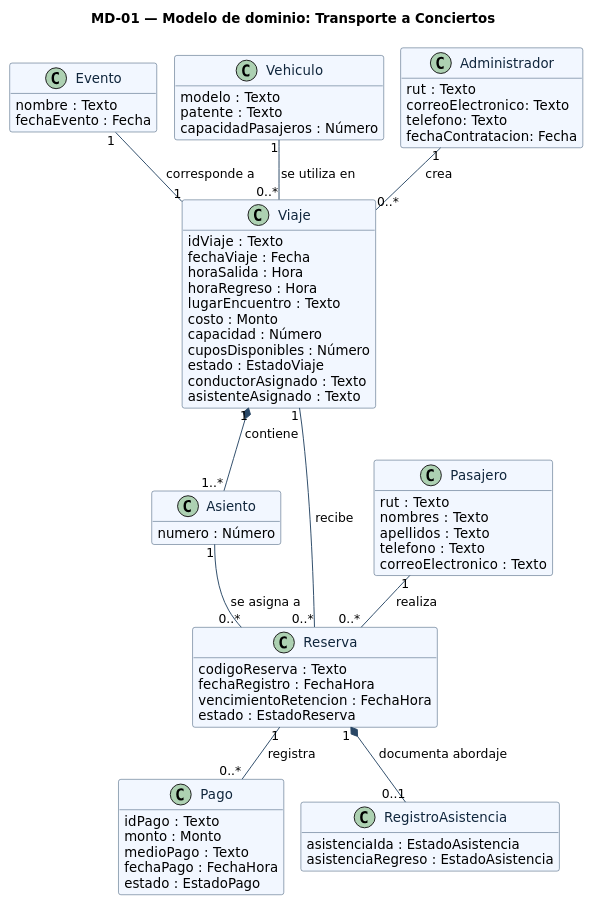
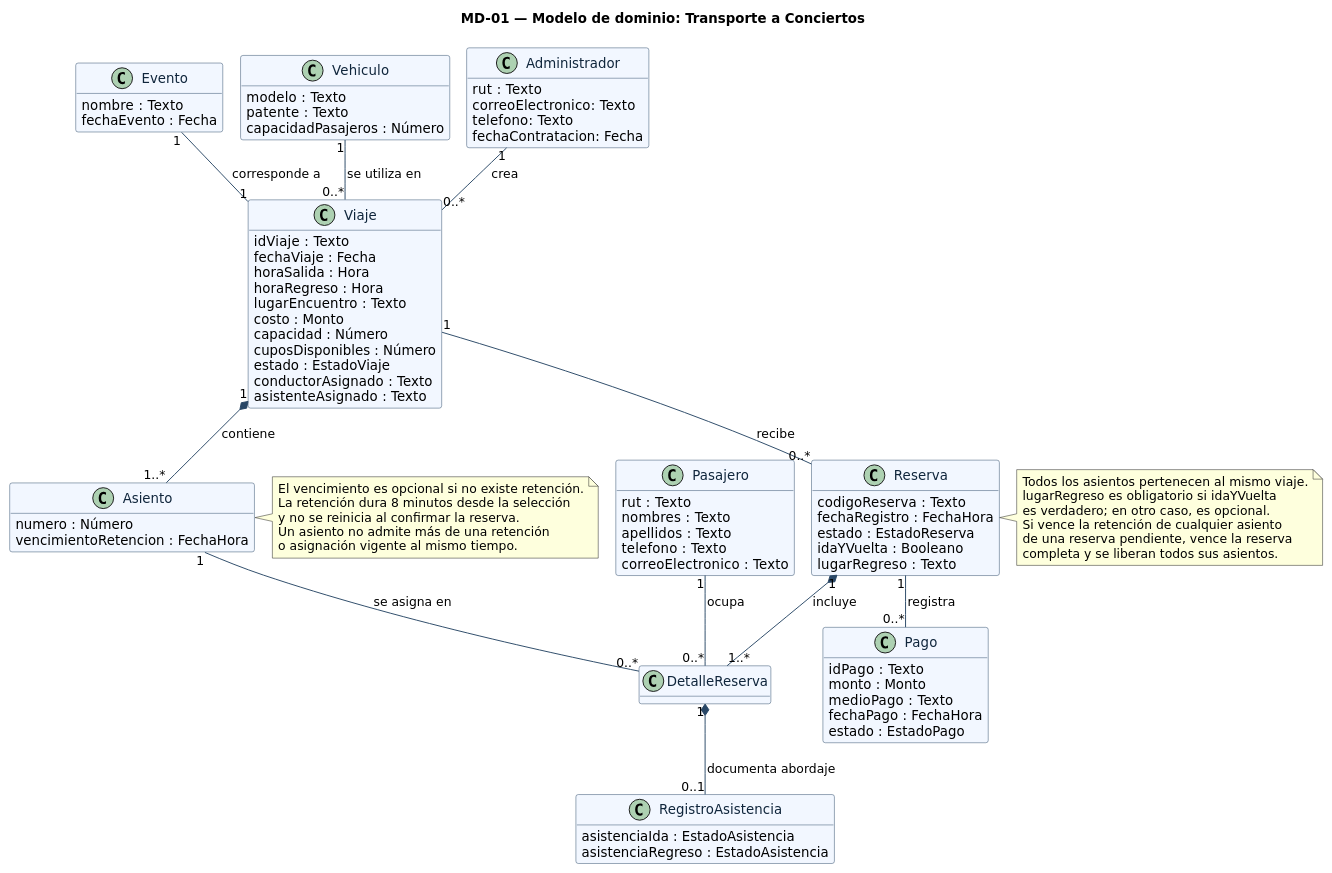
Before and after one commit to IngReqGrupo2/Proyecto_TransporteHaciaConcierto: the diagram in diagramas/modelo-dominio.puml, drawn with PlantUML. The commit also changed 9 other files, not shown here.

```diff
--- a/diagramas/modelo-dominio.puml
+++ b/diagramas/modelo-dominio.puml
@@ -1,79 +1,101 @@
 @startuml
 !pragma layout smetana
 title MD-01 — Modelo de dominio: Transporte a Conciertos
 skinparam backgroundColor #FFFFFF
 skinparam classAttributeIconSize 0
 skinparam shadowing false
 skinparam defaultFontName DejaVu Sans
 skinparam class {
   BackgroundColor #F2F7FF
   BorderColor #294766
   ArrowColor #294766
   FontColor #10263C
 }
 hide methods
 class Evento {
   nombre : Texto
   fechaEvento : Fecha
 }
 class Viaje {
   idViaje : Texto
   fechaViaje : Fecha
   horaSalida : Hora
   horaRegreso : Hora
   lugarEncuentro : Texto
   costo : Monto
   capacidad : Número
   cuposDisponibles : Número
   estado : EstadoViaje
   conductorAsignado : Texto
   asistenteAsignado : Texto
 }
 class Asiento {
   numero : Número
+  vencimientoRetencion : FechaHora
 }
 class Vehiculo {
   modelo : Texto
   patente : Texto
   capacidadPasajeros : Número
 }
 class Administrador{
   rut : Texto
   correoElectronico: Texto
   telefono: Texto
   fechaContratacion: Fecha
 }
 class Pasajero {
   rut : Texto
   nombres : Texto
   apellidos : Texto
   telefono : Texto
   correoElectronico : Texto
 }
 class Reserva {
   codigoReserva : Texto
   fechaRegistro : FechaHora
-  vencimientoRetencion : FechaHora
   estado : EstadoReserva
+  idaYVuelta : Booleano
+  lugarRegreso : Texto
+}
+class DetalleReserva {
 }
 class Pago {
   idPago : Texto
   monto : Monto
   medioPago : Texto
   fechaPago : FechaHora
   estado : EstadoPago
 }
 class RegistroAsistencia {
   asistenciaIda : EstadoAsistencia
   asistenciaRegreso : EstadoAsistencia
 }
 Evento "1" -- "1" Viaje : corresponde a
 Vehiculo "1" -- "0..*" Viaje : se utiliza en
 Viaje "1" *-- "1..*" Asiento : contiene
 Viaje "1" -- "0..*" Reserva : recibe
-Asiento "1" -- "0..*" Reserva : se asigna a
-Pasajero "1" -- "0..*" Reserva : realiza
+Reserva "1" *-- "1..*" DetalleReserva : incluye
+Asiento "1" -- "0..*" DetalleReserva : se asigna en
+Pasajero "1" -- "0..*" DetalleReserva : ocupa
 Reserva "1" -- "0..*" Pago : registra
-Reserva "1" *-- "0..1" RegistroAsistencia : documenta abordaje
+DetalleReserva "1" *-- "0..1" RegistroAsistencia : documenta abordaje
 Administrador "1" -- "0..*" Viaje : crea
+
+note right of Asiento
+  El vencimiento es opcional si no existe retención.
+  La retención dura 8 minutos desde la selección
+  y no se reinicia al confirmar la reserva.
+  Un asiento no admite más de una retención
+  o asignación vigente al mismo tiempo.
+end note
+
+note right of Reserva
+  Todos los asientos pertenecen al mismo viaje.
+  lugarRegreso es obligatorio si idaYVuelta
+  es verdadero; en otro caso, es opcional.
+  Si vence la retención de cualquier asiento
+  de una reserva pendiente, vence la reserva
+  completa y se liberan todos sus asientos.
+end note
 @enduml
```
